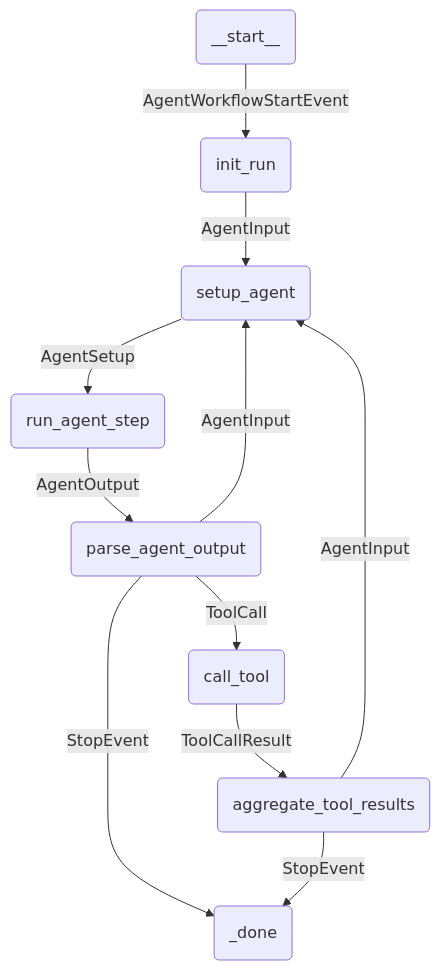
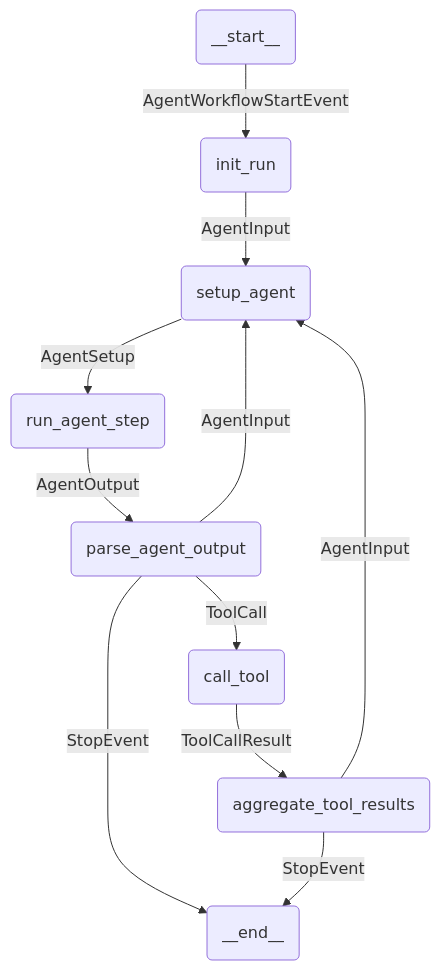
The diagram in packages/uipath-llamaindex/samples/simple-hitl-agent/agent.mermaid (UiPath/uipath-llamaindex-python), drawn with Mermaid before and after one commit. The commit also changed 11 other files, not shown here.

```diff
--- a/packages/uipath-llamaindex/samples/simple-hitl-agent/agent.mermaid
+++ b/packages/uipath-llamaindex/samples/simple-hitl-agent/agent.mermaid
@@ -1,19 +1,19 @@
 flowchart TB
   __start__(__start__)
-  _done(_done)
   aggregate_tool_results(aggregate_tool_results)
   call_tool(call_tool)
   init_run(init_run)
   parse_agent_output(parse_agent_output)
   run_agent_step(run_agent_step)
   setup_agent(setup_agent)
+  __end__(__end__)
   aggregate_tool_results --> |AgentInput|setup_agent
-  aggregate_tool_results --> |StopEvent|_done
+  aggregate_tool_results --> |StopEvent|__end__
   call_tool --> |ToolCallResult|aggregate_tool_results
   __start__ --> |AgentWorkflowStartEvent|init_run
   init_run --> |AgentInput|setup_agent
-  parse_agent_output --> |StopEvent|_done
+  parse_agent_output --> |StopEvent|__end__
   parse_agent_output --> |AgentInput|setup_agent
   parse_agent_output --> |ToolCall|call_tool
   run_agent_step --> |AgentOutput|parse_agent_output
   setup_agent --> |AgentSetup|run_agent_step
```
